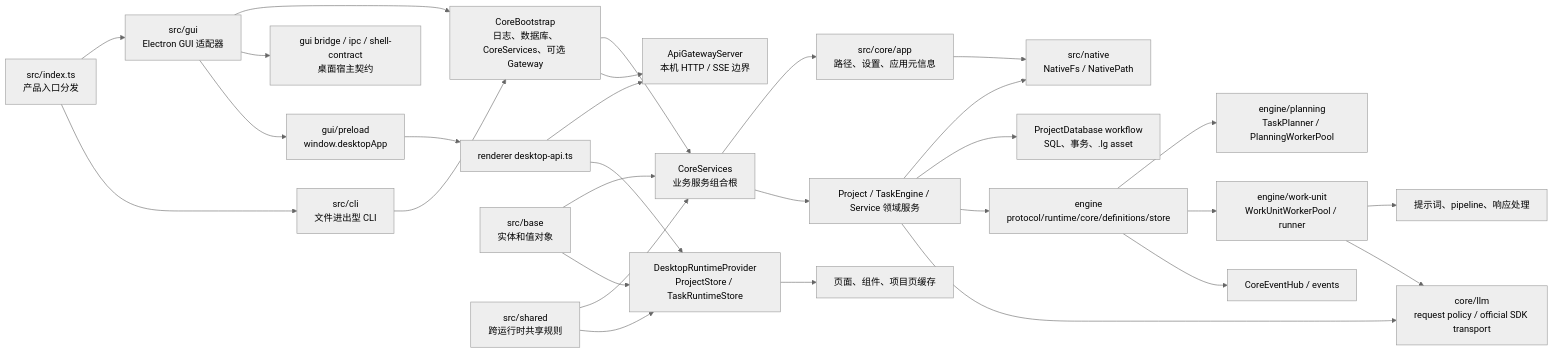
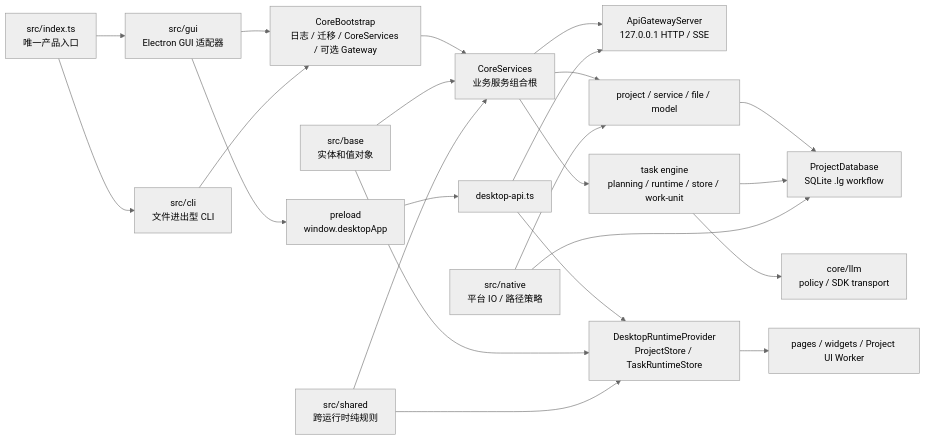
The diagram in docs/ARCHITECTURE.md (neavo/LinguaGacha), drawn with Mermaid (neutral theme) before and after one commit. The commit also changed other lines of this file and 4 other files, not shown here.

````diff
--- a/docs/ARCHITECTURE.md
+++ b/docs/ARCHITECTURE.md
@@ -17,31 +18,25 @@
 ```mermaid
 flowchart LR
-  Entry["src/index.ts<br/>产品入口分发"] --> GUI["src/gui<br/>Electron GUI 适配器"]
+  Entry["src/index.ts<br/>唯一产品入口"] --> GUI["src/gui<br/>Electron GUI 适配器"]
   Entry --> CLI["src/cli<br/>文件进出型 CLI"]
-  GUI --> Boot["CoreBootstrap<br/>日志、数据库、CoreServices、可选 Gateway"]
+  GUI --> Boot["CoreBootstrap<br/>日志 / 迁移 / CoreServices / 可选 Gateway"]
   CLI --> Boot
   Boot --> Services["CoreServices<br/>业务服务组合根"]
-  Boot --> API["ApiGatewayServer<br/>本机 HTTP / SSE 边界"]
-  GUI --> Bridge["gui bridge / ipc / shell-contract<br/>桌面宿主契约"]
-  GUI --> Preload["gui/preload<br/>window.desktopApp"]
-  Preload --> RendererApi["renderer desktop-api.ts"]
+  Services --> API["ApiGatewayServer<br/>127.0.0.1 HTTP / SSE"]
+  GUI --> Preload["preload<br/>window.desktopApp"]
+  Preload --> RendererApi["desktop-api.ts"]
   RendererApi --> API
-  RendererApi --> Store["DesktopRuntimeProvider<br/>ProjectStore / TaskRuntimeStore"]
-  Store --> Pages["页面、组件、项目页缓存"]
+  RendererApi --> Runtime["DesktopRuntimeProvider<br/>ProjectStore / TaskRuntimeStore"]
+  Runtime --> Pages["pages / widgets / Project UI Worker"]
+  Services --> Project["project / service / file / model"]
+  Services --> Engine["task engine<br/>planning / runtime / store / work-unit"]
+  Engine --> LLM["core/llm<br/>policy / SDK transport"]
+  Project --> DB["ProjectDatabase<br/>SQLite .lg workflow"]
+  Engine --> DB
   Base["src/base<br/>实体和值对象"] --> Services
-  Base --> Store
-  Shared["src/shared<br/>跨运行时共享规则"] --> Services
-  Shared --> Store
-  Services --> App["src/core/app<br/>路径、设置、应用元信息"]
-  Services --> Project["Project / TaskEngine / Service 领域服务"]
-  Project --> Platform["src/native<br/>NativeFs / NativePath"]
-  App --> Platform
-  Project --> DB["ProjectDatabase workflow<br/>SQL、事务、.lg asset"]
-  Project --> Engine["engine<br/>protocol/runtime/core/definitions/store"]
-  Project --> LLM["core/llm<br/>request policy / official SDK transport"]
-  Engine --> Planner["engine/planning<br/>TaskPlanner / PlanningWorkerPool"]
-  Engine --> Worker["engine/work-unit<br/>WorkUnitWorkerPool / runner"]
-  Worker --> Pipeline["提示词、pipeline、响应处理"]
-  Worker --> LLM
-  Engine --> Events["CoreEventHub / events"]
+  Base --> Runtime
+  Shared["src/shared<br/>跨运行时纯规则"] --> Services
+  Shared --> Runtime
+  Native["src/native<br/>平台 IO / 路径策略"] --> Project
+  Native --> DB
 ```
````
